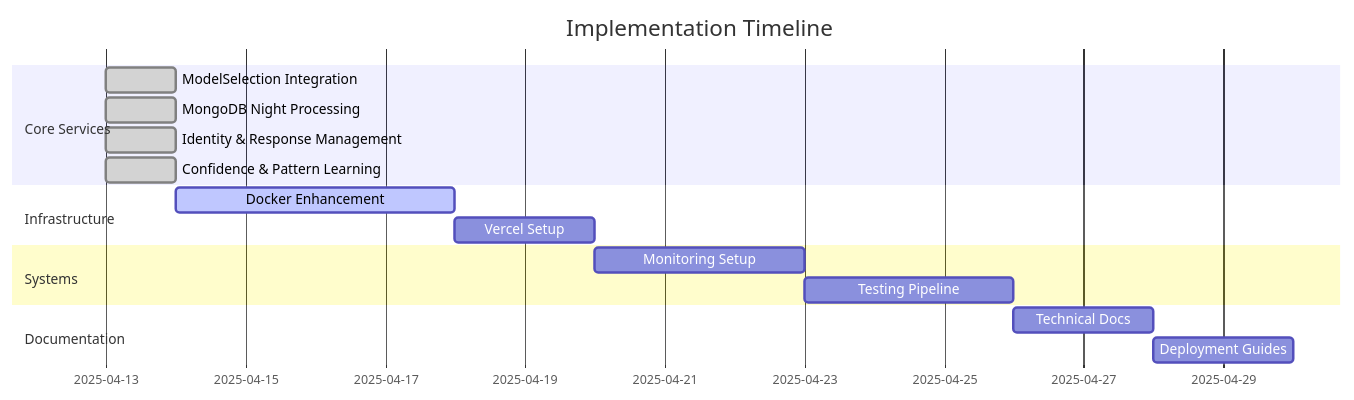
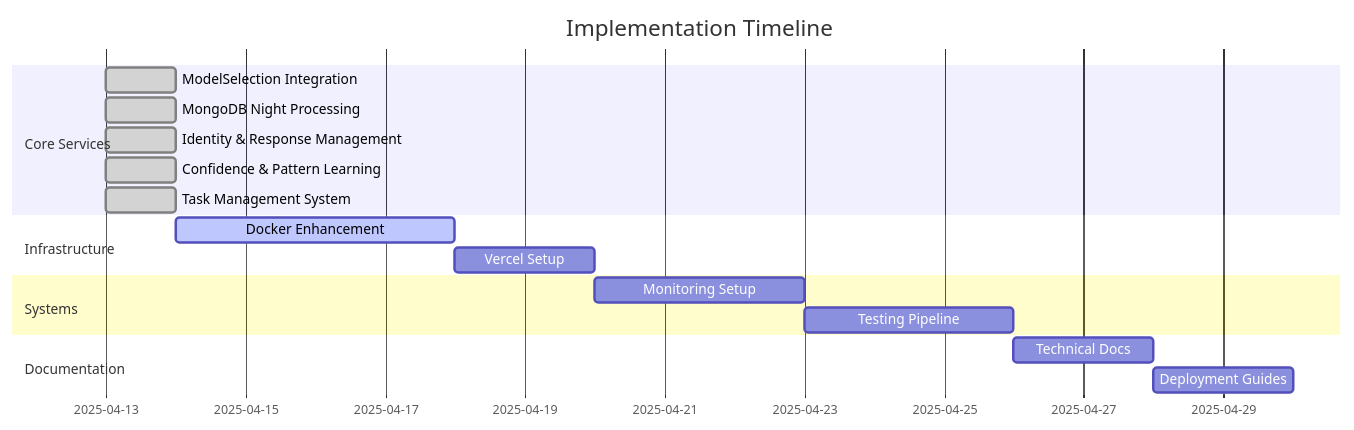
One commit to alanchelmickjr/memoRable changed the second of 2 diagrams in memoRable_implementation_plan.md. Above: the diagram before and after it, drawn with Mermaid. The commit also changed other lines of this file and 2 other files, not shown here.

Commit message:
task hopper for human and ai

````diff
--- a/memoRable_implementation_plan.md
+++ b/memoRable_implementation_plan.md
@@ -160,19 +119,20 @@
 ```mermaid
 gantt
     title Implementation Timeline
     dateFormat  YYYY-MM-DD
     section Core Services
     ModelSelection Integration    :done, 2025-04-13, 1d
     MongoDB Night Processing     :done, 2025-04-13, 1d
     Identity & Response Management :done, 2025-04-13, 1d
     Confidence & Pattern Learning :done, 2025-04-13, 1d
+    Task Management System       :done, 2025-04-13, 1d
     section Infrastructure
     Docker Enhancement     :active, 2025-04-14, 4d
     Vercel Setup          :2025-04-18, 2d
     section Systems
     Monitoring Setup      :2025-04-20, 3d
     Testing Pipeline      :2025-04-23, 3d
     section Documentation
     Technical Docs        :2025-04-26, 2d
     Deployment Guides     :2025-04-28, 2d
 ```
````
